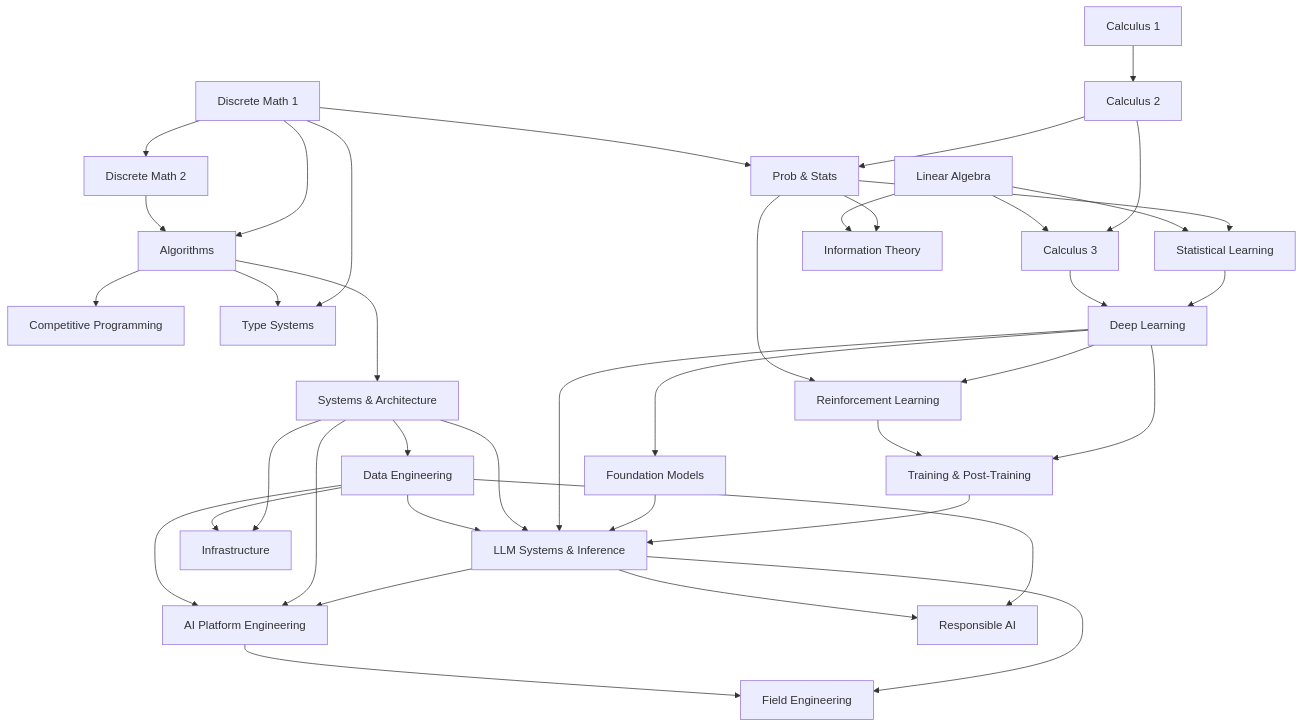
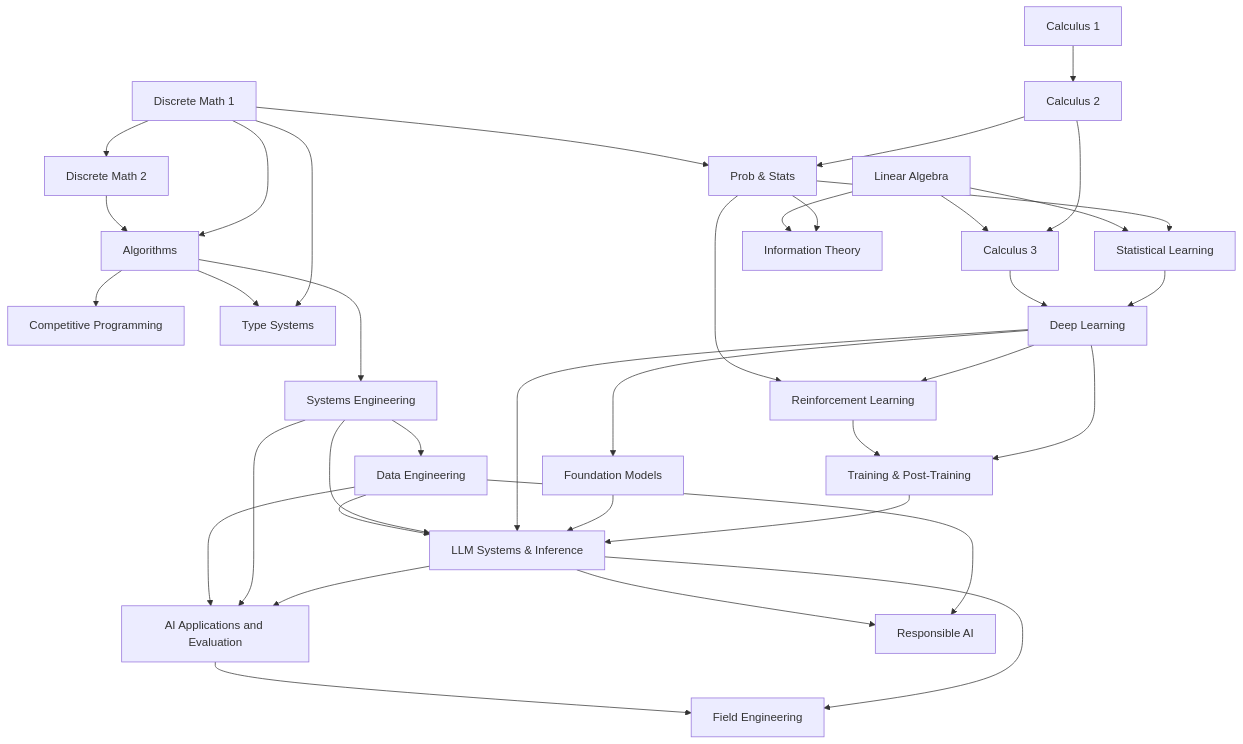
One commit to urmzd/openlearn changed the diagram in content/courses/computer-science/prerequisites.md. Above: the diagram before and after it, drawn with Mermaid. The commit also changed other lines of this file and 1424 other files, not shown here.

````diff
--- a/content/courses/computer-science/prerequisites.md
+++ b/content/courses/computer-science/prerequisites.md
@@ -5,48 +5,45 @@
 ```mermaid
 graph TD
     C1[Calculus 1] --> C2[Calculus 2]
     C2 --> C3[Calculus 3]
     LA[Linear Algebra] --> C3
     D1[Discrete Math 1] --> D2[Discrete Math 2]
     C2 --> PS[Prob & Stats]
     D1 --> PS
 
     D1 --> ALG[Algorithms]
     D2 --> ALG
     ALG --> CP[Competitive Programming]
 
     D1 --> PL[Type Systems]
     ALG --> PL
 
     PS --> SL[Statistical Learning]
     LA --> SL
     SL --> DL[Deep Learning]
     C3 --> DL
     DL --> RL[Reinforcement Learning]
     PS --> RL
     DL --> FM[Foundation Models]
     DL --> TPT[Training & Post-Training]
     RL --> TPT
     TPT --> LLM
 
     PS --> IT[Information Theory]
     LA --> IT
 
-    ALG --> SYS[Systems & Architecture]
+    ALG --> SYS[Systems Engineering]
     SYS --> DE[Data Engineering]
     FM --> LLM[LLM Systems & Inference]
     DL --> LLM
     SYS --> LLM
     DE --> LLM
 
-    SYS --> INFRA[Infrastructure]
-    DE --> INFRA
-
-    LLM --> AIP[AI Platform Engineering]
+    LLM --> AIP[AI Applications and Evaluation]
     LLM --> FE[Field Engineering]
     AIP --> FE
     DE --> RAI[Responsible AI]
     LLM --> RAI
     SYS --> AIP
     DE --> AIP
 ```
````
